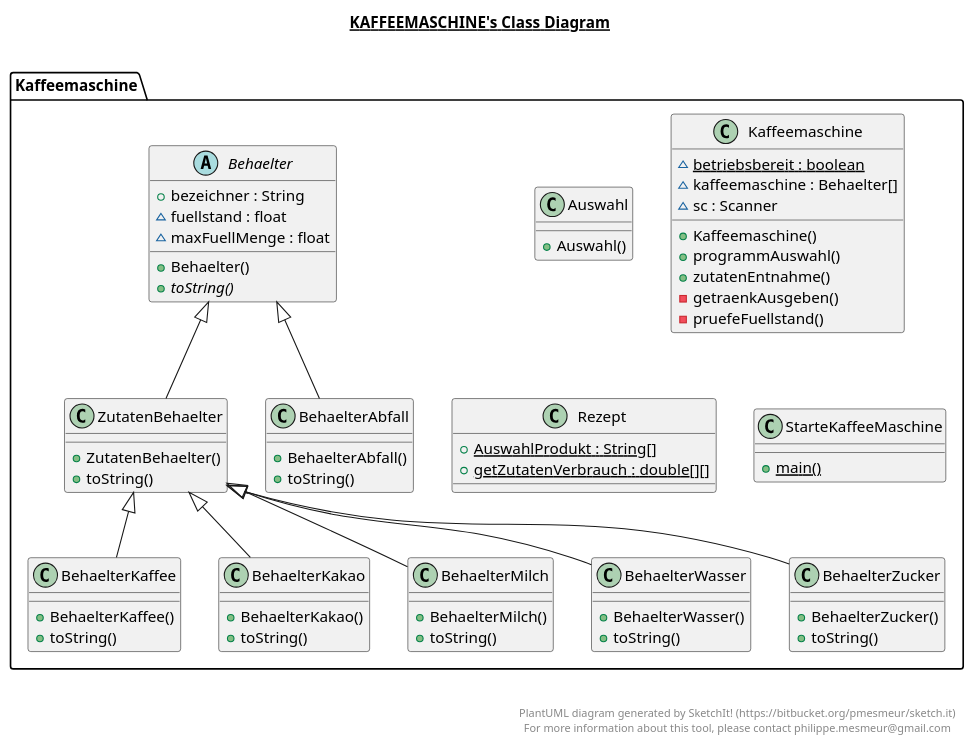
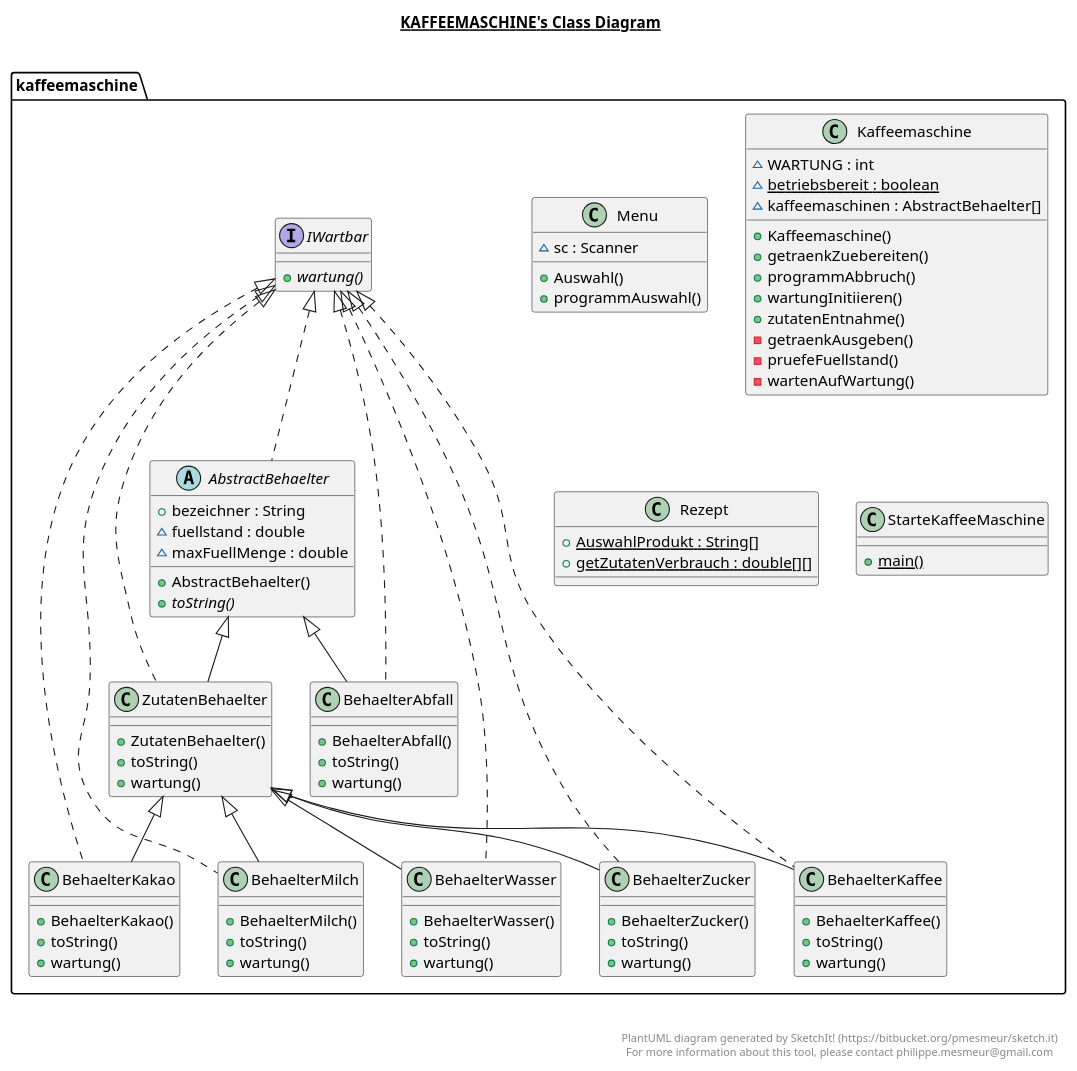
One commit to luzumi/KaffeeMaschine changed the diagram in out/production/KaffeeMaschine/Kaffeemaschine/Kaffeemaschine.plantuml. Above: the diagram before and after it, drawn with PlantUML. The commit also changed 32 other files, not shown here.

```diff
--- a/out/production/KaffeeMaschine/Kaffeemaschine/Kaffeemaschine.plantuml
+++ b/out/production/KaffeeMaschine/Kaffeemaschine/Kaffeemaschine.plantuml
@@ -1,124 +1,151 @@
 @startuml
 
 title __KAFFEEMASCHINE's Class Diagram__\n
 
-  namespace Kaffeemaschine {
-    class Kaffeemaschine.Auswahl {
-        + Auswahl()
-    }
-  }
-  
-
-  namespace Kaffeemaschine {
-    abstract class Kaffeemaschine.Behaelter {
+  namespace kaffeemaschine {
+    abstract class kaffeemaschine.AbstractBehaelter {
         + bezeichner : String
-        ~ fuellstand : float
-        ~ maxFuellMenge : float
-        + Behaelter()
+        ~ fuellstand : double
+        ~ maxFuellMenge : double
+        + AbstractBehaelter()
         {abstract} + toString()
     }
   }
   
 
-  namespace Kaffeemaschine {
-    class Kaffeemaschine.BehaelterAbfall {
-        + BehaelterAbfall()
-        + toString()
+  namespace kaffeemaschine {
+    class kaffeemaschine.Menu {
+        ~ sc : Scanner
+        + Auswahl()
+        + programmAuswahl()
     }
   }
   
 
-  namespace Kaffeemaschine {
-    class Kaffeemaschine.BehaelterKaffee {
-        + BehaelterKaffee()
+  namespace kaffeemaschine {
+    class kaffeemaschine.BehaelterAbfall {
+        + BehaelterAbfall()
         + toString()
+        + wartung()
     }
   }
   
 
-  namespace Kaffeemaschine {
-    class Kaffeemaschine.BehaelterKakao {
-        + BehaelterKakao()
+  namespace kaffeemaschine {
+    class kaffeemaschine.BehaelterKaffee {
+        + BehaelterKaffee()
         + toString()
+        + wartung()
     }
   }
   
 
-  namespace Kaffeemaschine {
-    class Kaffeemaschine.BehaelterMilch {
-        + BehaelterMilch()
+  namespace kaffeemaschine {
+    class kaffeemaschine.BehaelterKakao {
+        + BehaelterKakao()
         + toString()
+        + wartung()
     }
   }
   
 
-  namespace Kaffeemaschine {
-    class Kaffeemaschine.BehaelterWasser {
-        + BehaelterWasser()
+  namespace kaffeemaschine {
+    class kaffeemaschine.BehaelterMilch {
+        + BehaelterMilch()
         + toString()
+        + wartung()
     }
   }
   
 
-  namespace Kaffeemaschine {
-    class Kaffeemaschine.BehaelterZucker {
-        + BehaelterZucker()
+  namespace kaffeemaschine {
+    class kaffeemaschine.BehaelterWasser {
+        + BehaelterWasser()
         + toString()
+        + wartung()
     }
   }
   
 
-  namespace Kaffeemaschine {
-    class Kaffeemaschine.Kaffeemaschine {
-        {static} ~ betriebsbereit : boolean
-        ~ kaffeemaschine : Behaelter[]
-        ~ sc : Scanner
-        + Kaffeemaschine()
-        + programmAuswahl()
-        + zutatenEntnahme()
-        - getraenkAusgeben()
-        - pruefeFuellstand()
+  namespace kaffeemaschine {
+    class kaffeemaschine.BehaelterZucker {
+        + BehaelterZucker()
+        + toString()
+        + wartung()
     }
   }
   
 
-  namespace Kaffeemaschine {
-    class Kaffeemaschine.Rezept {
+  namespace kaffeemaschine {
+    interface kaffeemaschine.IWartbar {
+        {abstract} + wartung()
+    }
+  }
+  
+
+  namespace kaffeemaschine {
+    class kaffeemaschine.Kaffeemaschine {
+        ~ WARTUNG : int
+        {static} ~ betriebsbereit : boolean
+        ~ kaffeemaschinen : AbstractBehaelter[]
+        + Kaffeemaschine()
+        + getraenkZuebereiten()
+        + programmAbbruch()
+        + wartungInitiieren()
+        + zutatenEntnahme()
+        - getraenkAusgeben()
+        - pruefeFuellstand()
+        - wartenAufWartung()
+    }
+  }
+  
+
+  namespace kaffeemaschine {
+    class kaffeemaschine.Rezept {
         {static} + AuswahlProdukt : String[]
         {static} + getZutatenVerbrauch : double[][]
     }
   }
   
 
-  namespace Kaffeemaschine {
-    class Kaffeemaschine.StarteKaffeeMaschine {
+  namespace kaffeemaschine {
+    class kaffeemaschine.StarteKaffeeMaschine {
         {static} + main()
     }
   }
   
 
-  namespace Kaffeemaschine {
-    class Kaffeemaschine.ZutatenBehaelter {
+  namespace kaffeemaschine {
+    class kaffeemaschine.ZutatenBehaelter {
         + ZutatenBehaelter()
         + toString()
+        + wartung()
     }
   }
   
 
-  Kaffeemaschine.BehaelterAbfall -up-|> Kaffeemaschine.Behaelter
-  Kaffeemaschine.BehaelterKaffee -up-|> Kaffeemaschine.ZutatenBehaelter
-  Kaffeemaschine.BehaelterKakao -up-|> Kaffeemaschine.ZutatenBehaelter
-  Kaffeemaschine.BehaelterMilch -up-|> Kaffeemaschine.ZutatenBehaelter
-  Kaffeemaschine.BehaelterWasser -up-|> Kaffeemaschine.ZutatenBehaelter
-  Kaffeemaschine.BehaelterZucker -up-|> Kaffeemaschine.ZutatenBehaelter
-  Kaffeemaschine.ZutatenBehaelter -up-|> Kaffeemaschine.Behaelter
+  kaffeemaschine.AbstractBehaelter .up.|> kaffeemaschine.IWartbar
+  kaffeemaschine.BehaelterAbfall .up.|> kaffeemaschine.IWartbar
+  kaffeemaschine.BehaelterAbfall -up-|> kaffeemaschine.AbstractBehaelter
+  kaffeemaschine.BehaelterKaffee .up.|> kaffeemaschine.IWartbar
+  kaffeemaschine.BehaelterKaffee -up-|> kaffeemaschine.ZutatenBehaelter
+  kaffeemaschine.BehaelterKakao .up.|> kaffeemaschine.IWartbar
+  kaffeemaschine.BehaelterKakao -up-|> kaffeemaschine.ZutatenBehaelter
+  kaffeemaschine.BehaelterMilch .up.|> kaffeemaschine.IWartbar
+  kaffeemaschine.BehaelterMilch -up-|> kaffeemaschine.ZutatenBehaelter
+  kaffeemaschine.BehaelterWasser .up.|> kaffeemaschine.IWartbar
+  kaffeemaschine.BehaelterWasser -up-|> kaffeemaschine.ZutatenBehaelter
+  kaffeemaschine.BehaelterZucker .up.|> kaffeemaschine.IWartbar
+  kaffeemaschine.BehaelterZucker -up-|> kaffeemaschine.ZutatenBehaelter
+  kaffeemaschine.ZutatenBehaelter .up.|> kaffeemaschine.IWartbar
+  kaffeemaschine.ZutatenBehaelter -up-|> kaffeemaschine.AbstractBehaelter
 
 
 right footer
 
 
 PlantUML diagram generated by SketchIt! (https://bitbucket.org/pmesmeur/sketch.it)
 For more information about this tool, please contact philippe.mesmeur@gmail.com
 endfooter
 
 @enduml
```
